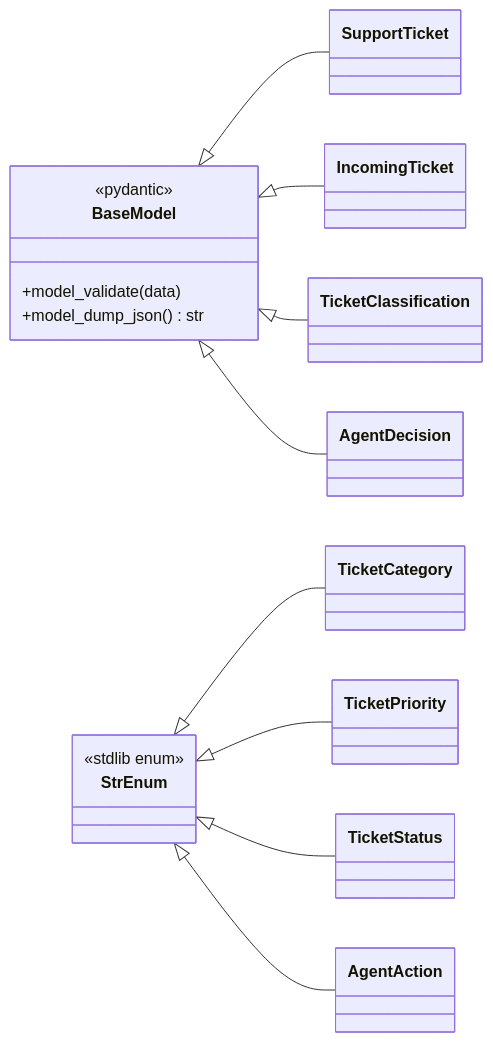
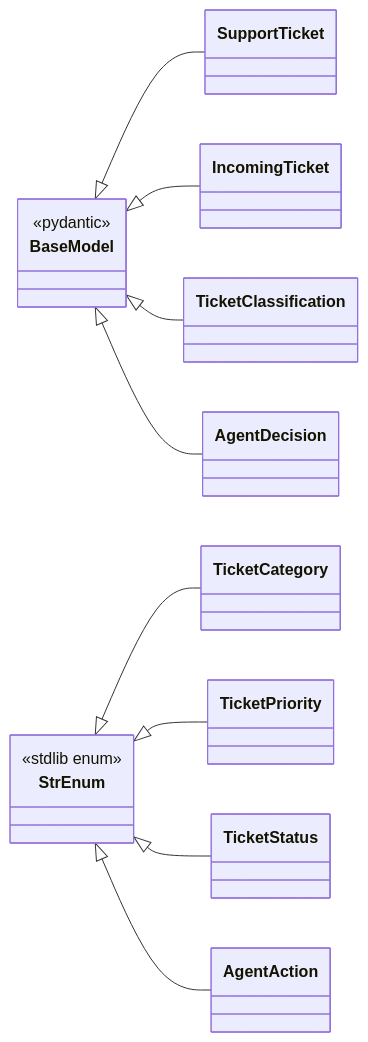
One commit to mezni/data-helpers changed the third of 3 diagrams in docs/class-diagram.md. Above: the diagram before and after it, drawn with Mermaid. The commit also changed other lines of this file and 4 other files, not shown here.

Commit message:
Add tool architecture

````diff
--- a/docs/class-diagram.md
+++ b/docs/class-diagram.md
@@ -144,24 +263,22 @@
 ```mermaid
 classDiagram
     direction LR
 
     class BaseModel {
         <<pydantic>>
-        +model_validate(data)
-        +model_dump_json() str
     }
 
     class StrEnum {
         <<stdlib enum>>
     }
 
     BaseModel <|-- SupportTicket
     BaseModel <|-- IncomingTicket
     BaseModel <|-- TicketClassification
     BaseModel <|-- AgentDecision
 
     StrEnum <|-- TicketCategory
     StrEnum <|-- TicketPriority
     StrEnum <|-- TicketStatus
     StrEnum <|-- AgentAction
 ```
````
